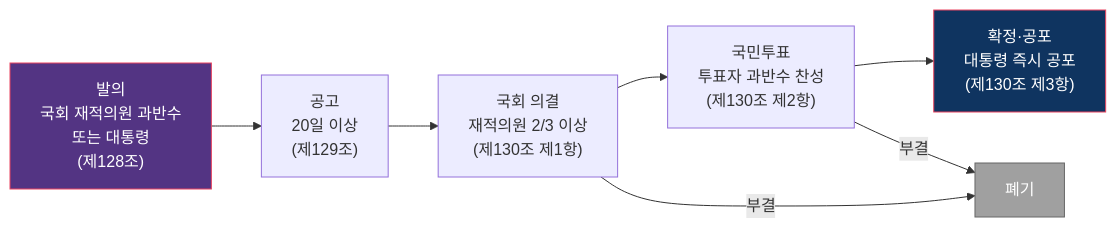
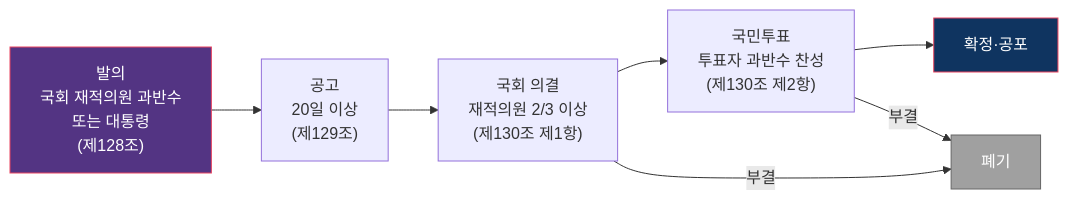
Before and after one commit to yeongseon/world-through-software-engineering: the fourth of 4 diagrams in docs/series/korea-systems/politics/system/constitution-as-root-architecture.md, drawn with Mermaid. The commit also changed other lines of this file and 1 other file, not shown here.

````diff
--- a/docs/series/korea-systems/politics/system/constitution-as-root-architecture.md
+++ b/docs/series/korea-systems/politics/system/constitution-as-root-architecture.md
@@ -180,14 +255,14 @@
 ```mermaid
 flowchart LR
     A["발의<br/>국회 재적의원 과반수<br/>또는 대통령<br/>(제128조)"] --> B["공고<br/>20일 이상<br/>(제129조)"]
     B --> C["국회 의결<br/>재적의원 2/3 이상<br/>(제130조 제1항)"]
     C --> D["국민투표<br/>투표자 과반수 찬성<br/>(제130조 제2항)"]
-    D --> E["확정·공포<br/>대통령 즉시 공포<br/>(제130조 제3항)"]
+    D --> E["확정·공포"]
 
     C -->|"부결"| F["폐기"]
     D -->|"부결"| F
 
     style A fill:#533483,stroke:#e94560,color:#fff
     style E fill:#0f3460,stroke:#e94560,color:#fff
     style F fill:#a0a0a0,stroke:#666,color:#fff
 ```
````
